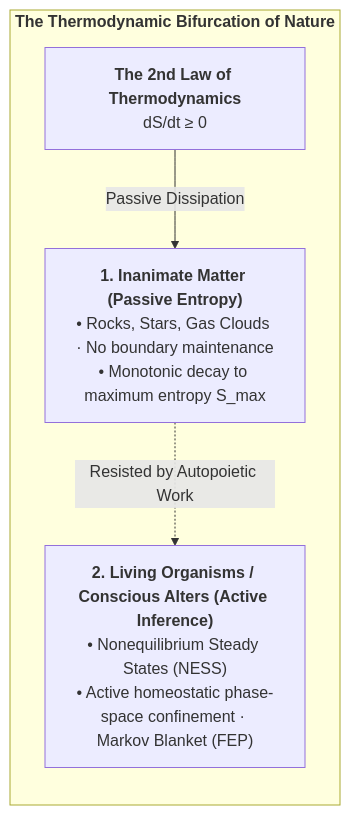
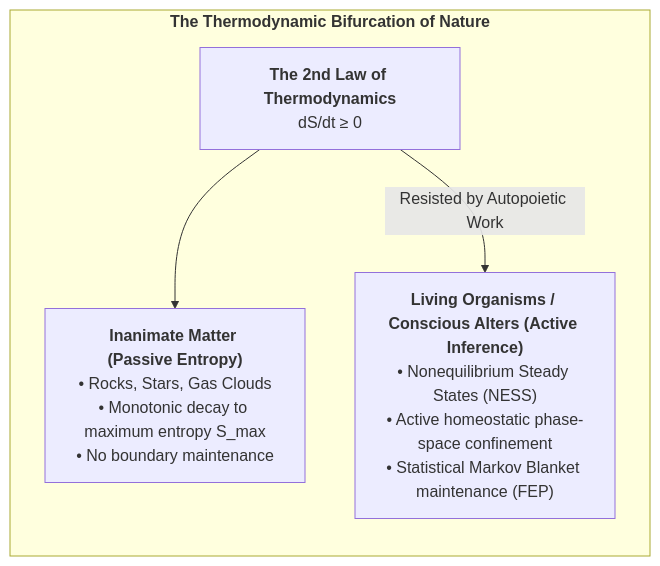
One commit to Thriebl/active-inference-phi-network changed the eighth of 50 diagrams in book/build/CIF_Monograph_EN.md. Above: the diagram before and after it, drawn with Mermaid. The commit also changed other lines of this file and 8 other files, not shown here.

Commit message:
chore: clarify active inference vs conative components with comments and eliminate syntax warning

````diff
--- a/book/build/CIF_Monograph_EN.md
+++ b/book/build/CIF_Monograph_EN.md
@@ -363,15 +357,15 @@
 ```mermaid
 flowchart TD
     subgraph THERMODYNAMICS["<b>The Thermodynamic Bifurcation of Nature</b>"]
         direction TB
         
+        INANIMATE["<b>Inanimate Matter (Passive Entropy)</b><br>• Rocks, Stars, Gas Clouds<br>• Monotonic decay to maximum entropy S_max<br>• No boundary maintenance"]
+        
+        LIVING["<b>Living Organisms / Conscious Alters (Active Inference)</b><br>• Nonequilibrium Steady States (NESS)<br>• Active homeostatic phase-space confinement<br>• Statistical Markov Blanket maintenance (FEP)"]
+        
         LAW["<b>The 2nd Law of Thermodynamics</b><br>dS/dt ≥ 0"]
         
-        INANIMATE["<b>1. Inanimate Matter (Passive Entropy)</b><br>• Rocks, Stars, Gas Clouds · No boundary maintenance<br>• Monotonic decay to maximum entropy S_max"]
-        
-        LIVING["<b>2. Living Organisms / Conscious Alters (Active Inference)</b><br>• Nonequilibrium Steady States (NESS)<br>• Active homeostatic phase-space confinement · Markov Blanket (FEP)"]
-        
-        LAW -->|"Passive Dissipation"| INANIMATE
-        INANIMATE -.->|"Resisted by Autopoietic Work"| LIVING
+        LAW --> INANIMATE
+        LAW -->|Resisted by Autopoietic Work| LIVING
     end
 ```
````
